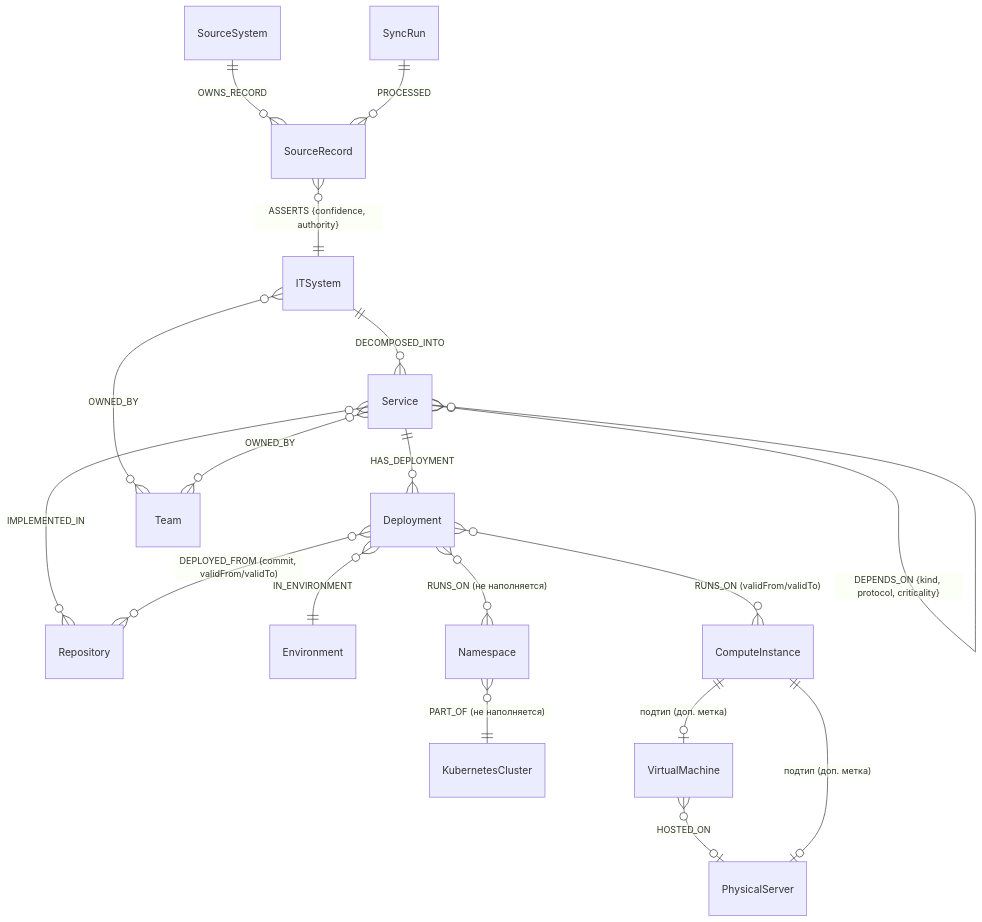
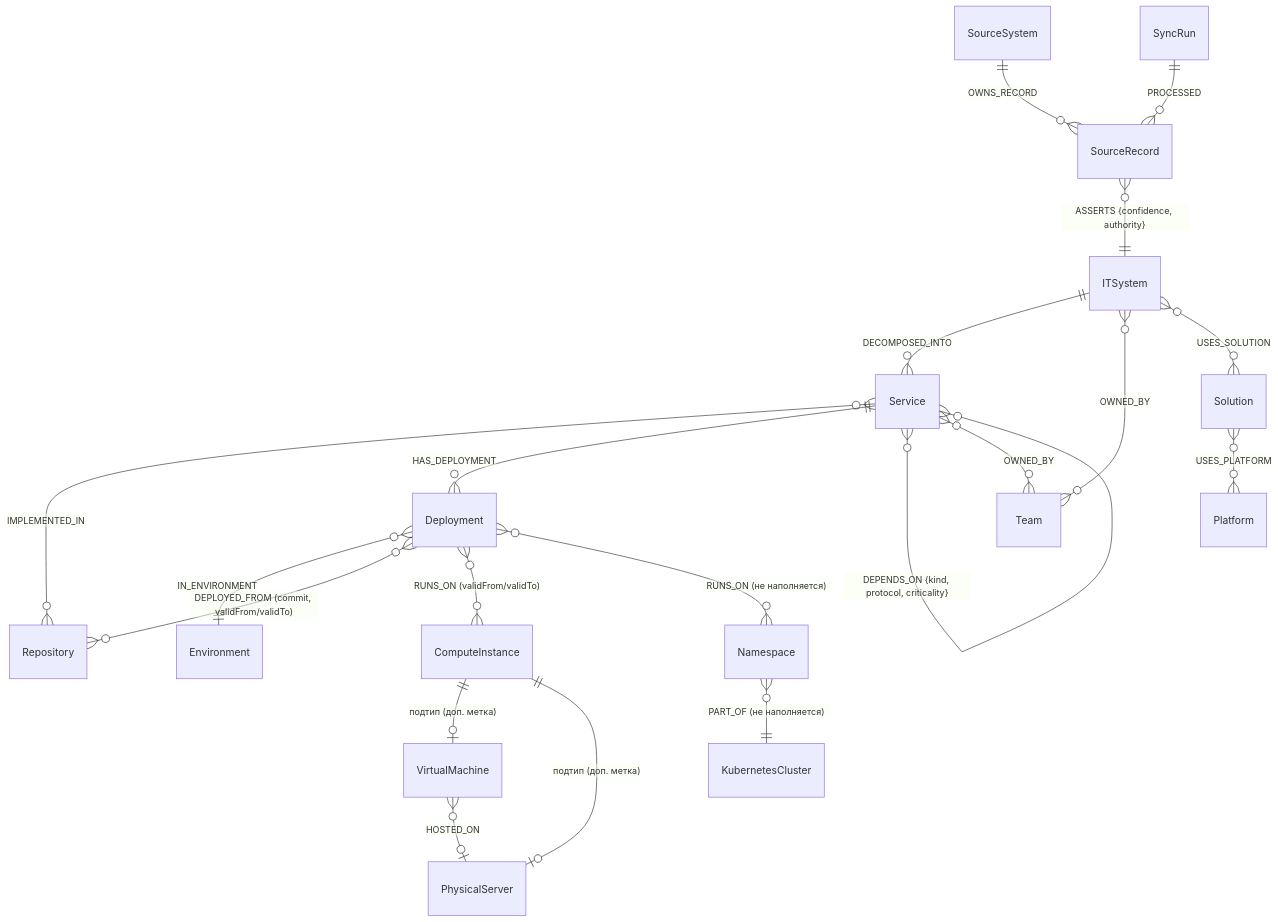
The second of 3 diagrams in docs/02-data-model.md (Unlocker/architecture-rag), drawn with Mermaid before and after one commit. The commit also changed other lines of this file and 3 other files, not shown here.

Commit message:
UNLOCKER-252: docs/02, docs/03 по H.4a (ключ ITSystem = id, Solution/Platform, USES_*), ограничение A→B→A в ADR 0029, переносы curl

````diff
--- a/docs/02-data-model.md
+++ b/docs/02-data-model.md
@@ -106,20 +110,22 @@
 ```mermaid
 erDiagram
     ITSystem ||--o{ Service : DECOMPOSED_INTO
     Service }o--o{ Repository : IMPLEMENTED_IN
     Service ||--o{ Deployment : HAS_DEPLOYMENT
     Deployment }o--|| Environment : IN_ENVIRONMENT
     Deployment }o--o{ Repository : "DEPLOYED_FROM (commit, validFrom/validTo)"
     Deployment }o--o{ ComputeInstance : "RUNS_ON (validFrom/validTo)"
     Deployment }o--o{ Namespace : "RUNS_ON (не наполняется)"
     Namespace }o--|| KubernetesCluster : "PART_OF (не наполняется)"
     VirtualMachine }o--o| PhysicalServer : HOSTED_ON
     Service }o--o{ Service : "DEPENDS_ON {kind, protocol, criticality}"
     ITSystem }o--o{ Team : OWNED_BY
+    ITSystem }o--o{ Solution : USES_SOLUTION
+    Solution }o--o{ Platform : USES_PLATFORM
     Service }o--o{ Team : OWNED_BY
     ComputeInstance ||--o| VirtualMachine : "подтип (доп. метка)"
     ComputeInstance ||--o| PhysicalServer : "подтип (доп. метка)"
     SourceSystem ||--o{ SourceRecord : OWNS_RECORD
     SourceRecord }o--|| ITSystem : "ASSERTS {confidence, authority}"
     SyncRun ||--o{ SourceRecord : PROCESSED
 ```
````
